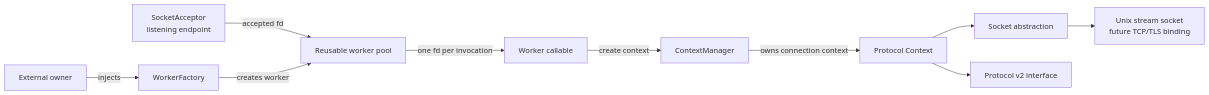
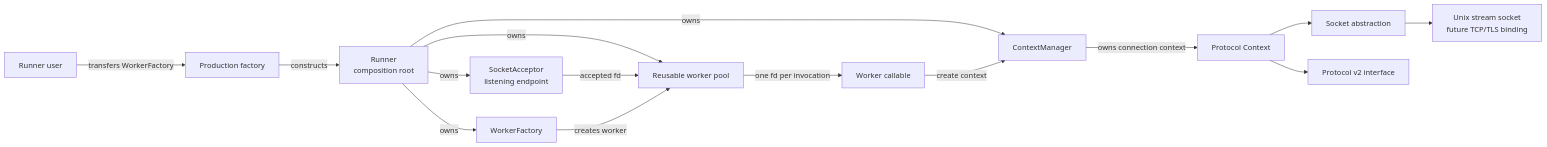
One commit to exasol/udf-runner-cpp changed the diagram in doc/design/v2/runner/component_relationships.mmd. Above: the diagram before and after it, drawn with Mermaid. The commit also changed 6 other files, not shown here.

Commit message:
docs: make runner the composition root

```diff
--- a/doc/design/v2/runner/component_relationships.mmd
+++ b/doc/design/v2/runner/component_relationships.mmd
@@ -1,10 +1,15 @@
 flowchart LR
-    External[External owner] -->|injects| Factory[WorkerFactory]
-    Acceptor[SocketAcceptor\nlistening endpoint] -->|accepted fd| Queue[Reusable worker pool]
+    User[Runner user] -->|transfers WorkerFactory| Production[Production factory]
+    Production -->|constructs| Runner[Runner\ncomposition root]
+    Runner -->|owns| Factory[WorkerFactory]
+    Runner -->|owns| Acceptor[SocketAcceptor\nlistening endpoint]
+    Runner -->|owns| Queue[Reusable worker pool]
+    Runner -->|owns| Manager[ContextManager]
+    Acceptor -->|accepted fd| Queue
     Factory -->|creates worker| Queue
     Queue -->|one fd per invocation| Worker[Worker callable]
     Worker -->|create context| Manager[ContextManager]
     Manager -->|owns connection context| Context[Protocol Context]
     Context --> Socket[Socket abstraction]
     Socket --> Transport[Unix stream socket\nfuture TCP/TLS binding]
     Context --> V2[Protocol v2 interface]
```
